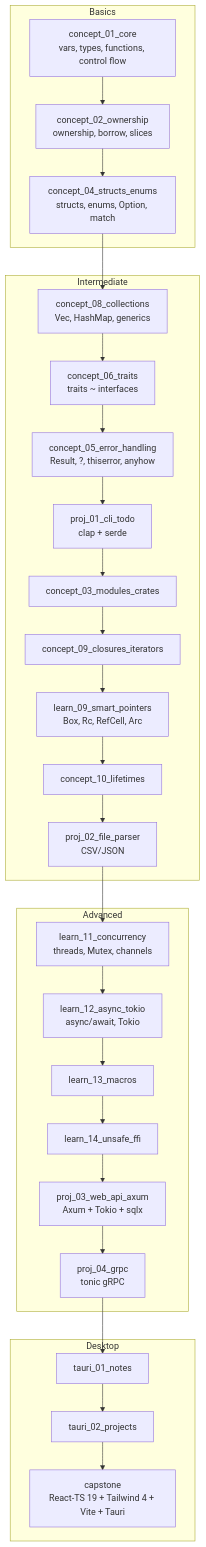
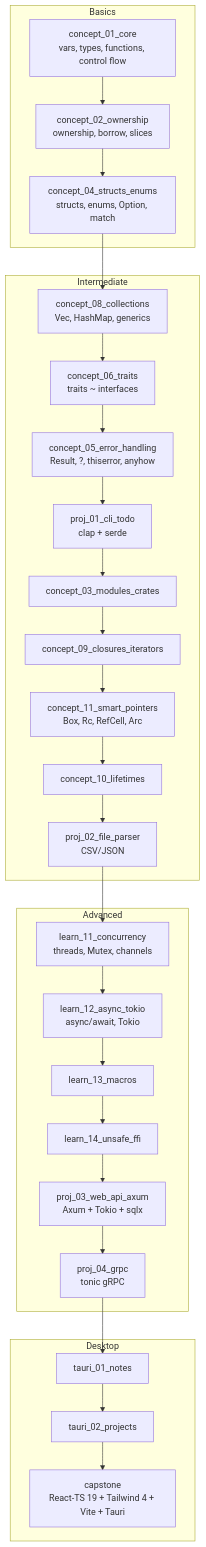
The diagram in README.md (devravinder/learn-rust), drawn with Mermaid before and after one commit. The commit also changed 11 other files, not shown here.

Commit message:
feat: smart pointers

````diff
--- a/README.md
+++ b/README.md
@@ -43,31 +43,31 @@
 ```mermaid
 graph TD
     subgraph Basics
         A[concept_01_core<br/>vars, types, functions, control flow] --> B[concept_02_ownership<br/>ownership, borrow, slices]
         B --> C[concept_04_structs_enums<br/>structs, enums, Option, match]
     end
     subgraph Intermediate
         C --> D[concept_08_collections<br/>Vec, HashMap, generics]
         D --> E[concept_06_traits<br/>traits ~ interfaces]
         E --> F[concept_05_error_handling<br/>Result, ?, thiserror, anyhow]
         F --> P1[proj_01_cli_todo<br/>clap + serde]
         P1 --> G[concept_03_modules_crates]
         G --> H[concept_09_closures_iterators]
-        H --> I[learn_09_smart_pointers<br/>Box, Rc, RefCell, Arc]
+        H --> I[concept_11_smart_pointers<br/>Box, Rc, RefCell, Arc]
         I --> J[concept_10_lifetimes]
         J --> P2[proj_02_file_parser<br/>CSV/JSON]
     end
     subgraph Advanced
         P2 --> K[learn_11_concurrency<br/>threads, Mutex, channels]
         K --> L[learn_12_async_tokio<br/>async/await, Tokio]
         L --> M[learn_13_macros]
         M --> N[learn_14_unsafe_ffi]
         N --> P3[proj_03_web_api_axum<br/>Axum + Tokio + sqlx]
         P3 --> P4[proj_04_grpc<br/>tonic gRPC]
     end
     subgraph Desktop
         P4 --> T1[tauri_01_notes]
         T1 --> T2[tauri_02_projects]
         T2 --> CAP[capstone<br/>React-TS 19 + Tailwind 4 + Vite + Tauri]
     end
 ```
````
